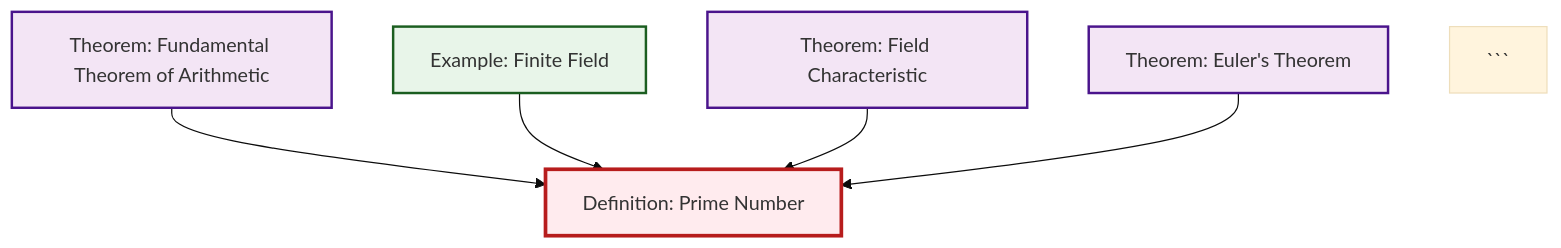
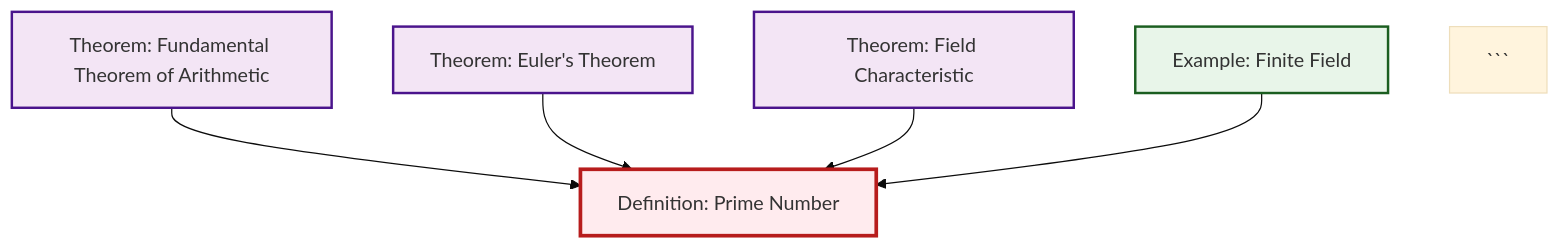
The diagram in output/mermaid/def-prime.mermaid (RK0429/ModernMath), drawn with Mermaid (base theme) before and after one commit. The commit also changed other lines of this file and 1139 other files, not shown here.

````diff
--- a/output/mermaid/def-prime.mermaid
+++ b/output/mermaid/def-prime.mermaid
@@ -1,18 +1,18 @@
 %%| fig-cap: "Local dependency graph"
 graph TD
     classDef definition fill:#e1f5fe,stroke:#01579b,stroke-width:2px
     classDef theorem fill:#f3e5f5,stroke:#4a148c,stroke-width:2px
     classDef axiom fill:#fff3e0,stroke:#e65100,stroke-width:2px
     classDef example fill:#e8f5e9,stroke:#1b5e20,stroke-width:2px
     classDef current fill:#ffebee,stroke:#b71c1c,stroke-width:3px
-    thm-field-characteristic["Theorem: Field Characteristic"]:::theorem
     def-prime["Definition: Prime Number"]:::definition
     ex-finite-field["Example: Finite Field"]:::example
+    thm-euler["Theorem: Euler's Theorem"]:::theorem
     thm-fundamental-arithmetic["Theorem: Fundamental Theorem of Arithmetic"]:::theorem
-    thm-euler["Theorem: Euler's Theorem"]:::theorem
+    thm-field-characteristic["Theorem: Field Characteristic"]:::theorem
     thm-fundamental-arithmetic --> def-prime
+    thm-euler --> def-prime
+    thm-field-characteristic --> def-prime
     ex-finite-field --> def-prime
-    thm-field-characteristic --> def-prime
-    thm-euler --> def-prime
     class def-prime current
 ```
````
